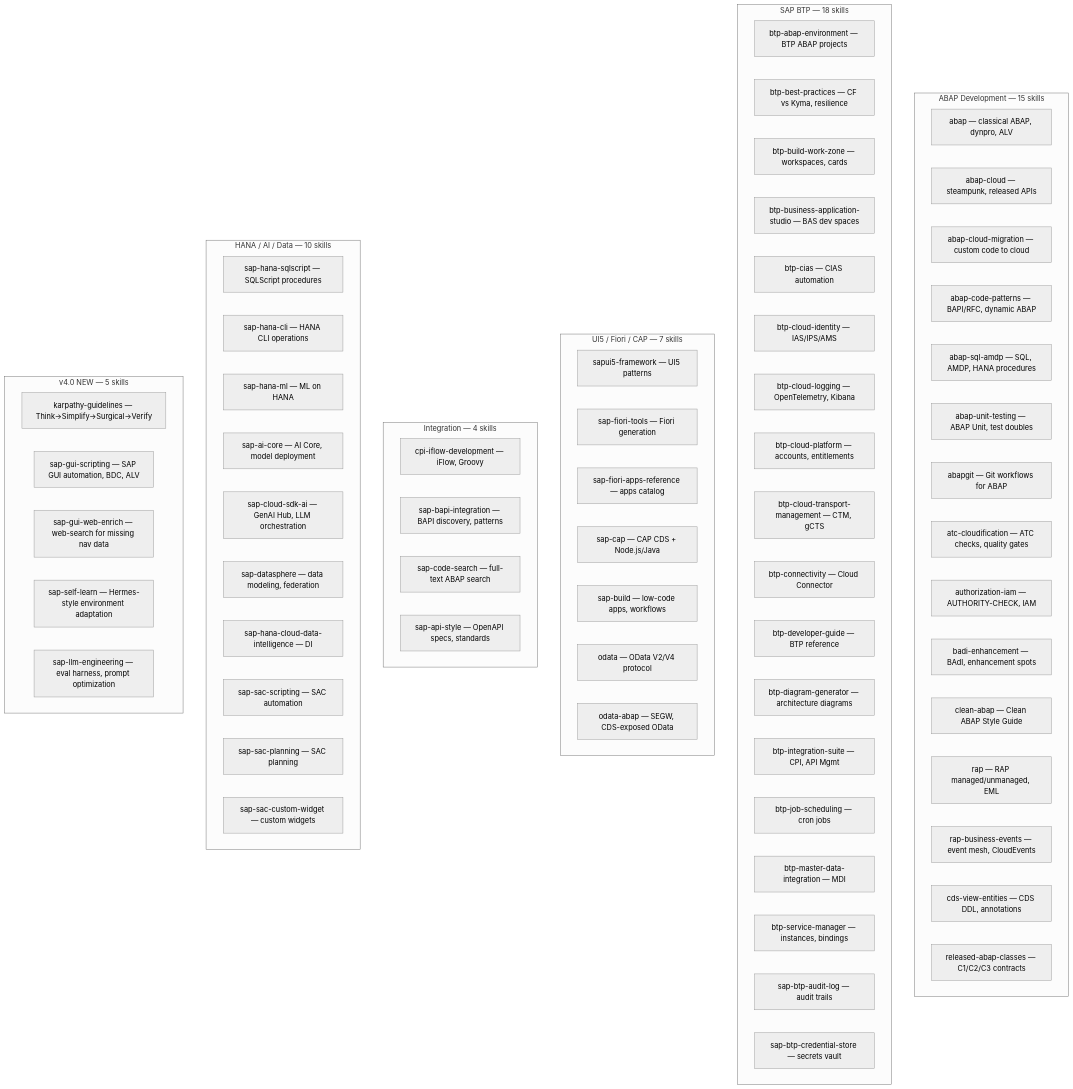
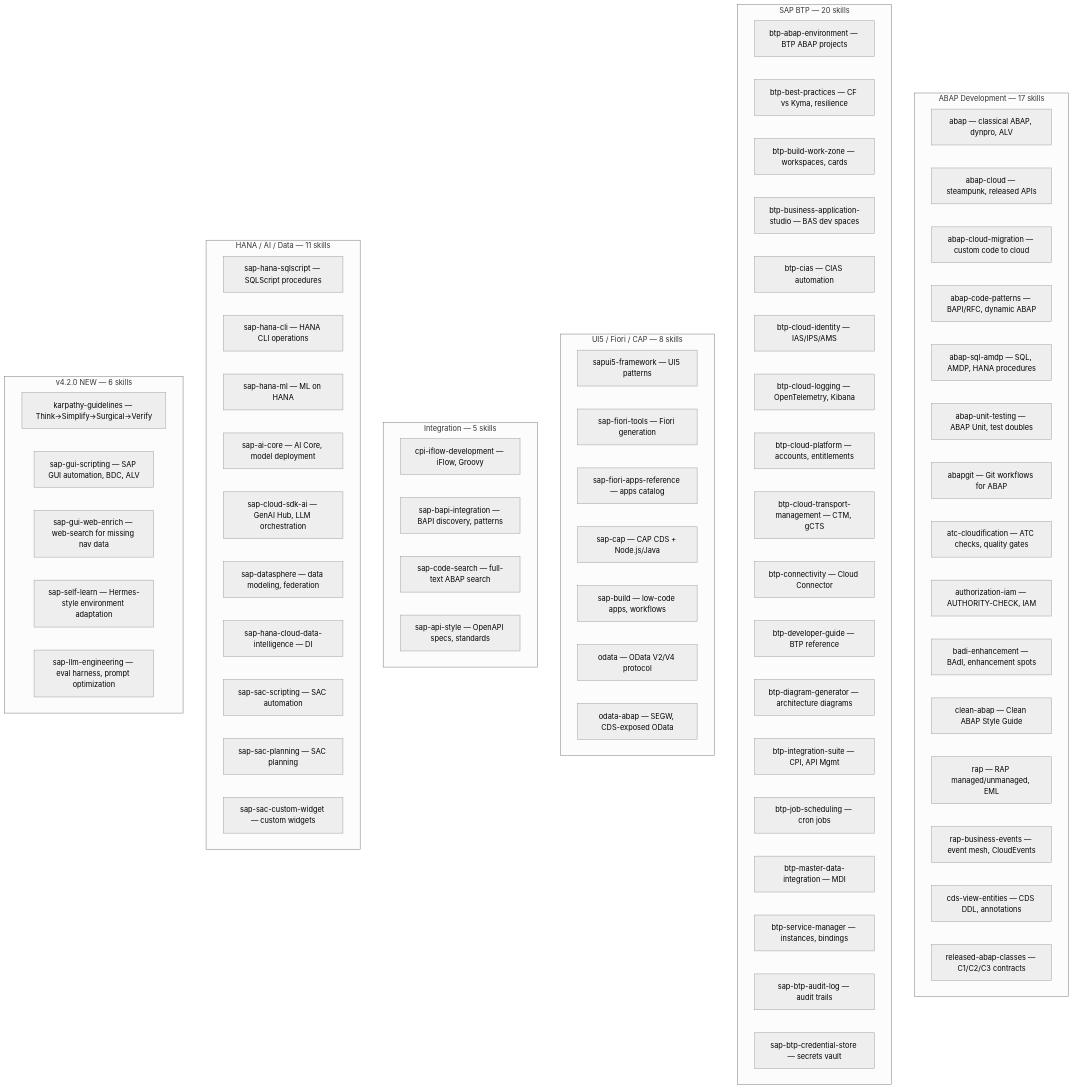
One commit to williamcorrea23/sap-router-skill changed the fourth of 8 diagrams in README.md. Above: the diagram before and after it, drawn with Mermaid (neutral theme). The commit also changed other lines of this file and 6 other files, not shown here.

````diff
--- a/README.md
+++ b/README.md
@@ -202,79 +202,79 @@
 ```mermaid
 flowchart TB
-    subgraph ABAP["ABAP Development — 15 skills"]
+    subgraph ABAP["ABAP Development — 17 skills"]
         A1["abap — classical ABAP, dynpro, ALV"]
         A2["abap-cloud — steampunk, released APIs"]
         A3["abap-cloud-migration — custom code to cloud"]
         A4["abap-code-patterns — BAPI/RFC, dynamic ABAP"]
         A5["abap-sql-amdp — SQL, AMDP, HANA procedures"]
         A6["abap-unit-testing — ABAP Unit, test doubles"]
         A7["abapgit — Git workflows for ABAP"]
         A8["atc-cloudification — ATC checks, quality gates"]
         A9["authorization-iam — AUTHORITY-CHECK, IAM"]
         A10["badi-enhancement — BAdI, enhancement spots"]
         A11["clean-abap — Clean ABAP Style Guide"]
         A12["rap — RAP managed/unmanaged, EML"]
         A13["rap-business-events — event mesh, CloudEvents"]
         A14["cds-view-entities — CDS DDL, annotations"]
         A15["released-abap-classes — C1/C2/C3 contracts"]
     end
 
-    subgraph BTP["SAP BTP — 18 skills"]
+    subgraph BTP["SAP BTP — 20 skills"]
         B1["btp-abap-environment — BTP ABAP projects"]
         B2["btp-best-practices — CF vs Kyma, resilience"]
         B3["btp-build-work-zone — workspaces, cards"]
         B4["btp-business-application-studio — BAS dev spaces"]
         B5["btp-cias — CIAS automation"]
         B6["btp-cloud-identity — IAS/IPS/AMS"]
         B7["btp-cloud-logging — OpenTelemetry, Kibana"]
         B8["btp-cloud-platform — accounts, entitlements"]
         B9["btp-cloud-transport-management — CTM, gCTS"]
         B10["btp-connectivity — Cloud Connector"]
         B11["btp-developer-guide — BTP reference"]
         B12["btp-diagram-generator — architecture diagrams"]
         B13["btp-integration-suite — CPI, API Mgmt"]
         B14["btp-job-scheduling — cron jobs"]
         B15["btp-master-data-integration — MDI"]
         B16["btp-service-manager — instances, bindings"]
         B17["sap-btp-audit-log — audit trails"]
         B18["sap-btp-credential-store — secrets vault"]
     end
 
-    subgraph FRONT["UI5 / Fiori / CAP — 7 skills"]
+    subgraph FRONT["UI5 / Fiori / CAP — 8 skills"]
         F1["sapui5-framework — UI5 patterns"]
         F2["sap-fiori-tools — Fiori generation"]
         F3["sap-fiori-apps-reference — apps catalog"]
         F4["sap-cap — CAP CDS + Node.js/Java"]
         F5["sap-build — low-code apps, workflows"]
         F6["odata — OData V2/V4 protocol"]
         F7["odata-abap — SEGW, CDS-exposed OData"]
     end
 
-    subgraph INT["Integration — 4 skills"]
+    subgraph INT["Integration — 5 skills"]
         I1["cpi-iflow-development — iFlow, Groovy"]
         I2["sap-bapi-integration — BAPI discovery, patterns"]
         I3["sap-code-search — full-text ABAP search"]
         I4["sap-api-style — OpenAPI specs, standards"]
     end
 
-    subgraph HANA["HANA / AI / Data — 10 skills"]
+    subgraph HANA["HANA / AI / Data — 11 skills"]
         H1["sap-hana-sqlscript — SQLScript procedures"]
         H2["sap-hana-cli — HANA CLI operations"]
         H3["sap-hana-ml — ML on HANA"]
         H4["sap-ai-core — AI Core, model deployment"]
         H5["sap-cloud-sdk-ai — GenAI Hub, LLM orchestration"]
         H6["sap-datasphere — data modeling, federation"]
         H7["sap-hana-cloud-data-intelligence — DI"]
         H8["sap-sac-scripting — SAC automation"]
         H9["sap-sac-planning — SAC planning"]
         H10["sap-sac-custom-widget — custom widgets"]
     end
 
-    subgraph VNEW["v4.0 NEW — 5 skills"]
+    subgraph VNEW["v4.2.0 NEW — 6 skills"]
         V1["karpathy-guidelines — Think→Simplify→Surgical→Verify"]
         V2["sap-gui-scripting — SAP GUI automation, BDC, ALV"]
         V3["sap-gui-web-enrich — web-search for missing nav data"]
         V4["sap-self-learn — Hermes-style environment adaptation"]
         V5["sap-llm-engineering — eval harness, prompt optimization"]
     end
 ```
````
